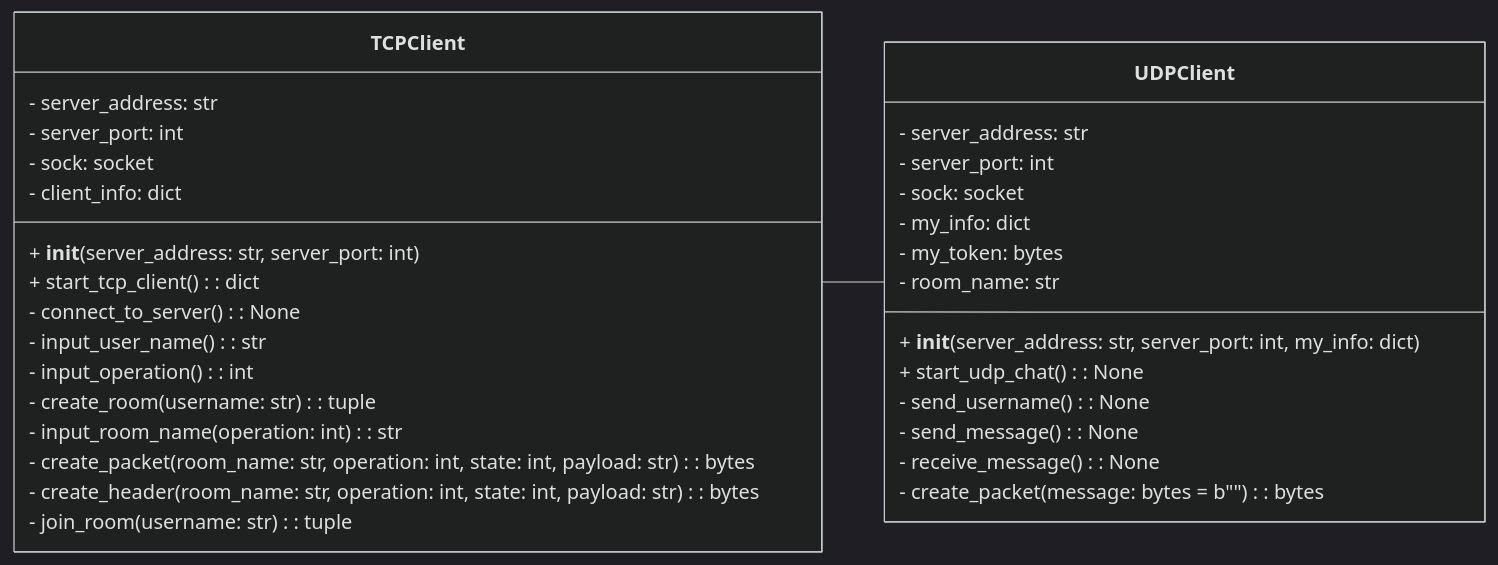
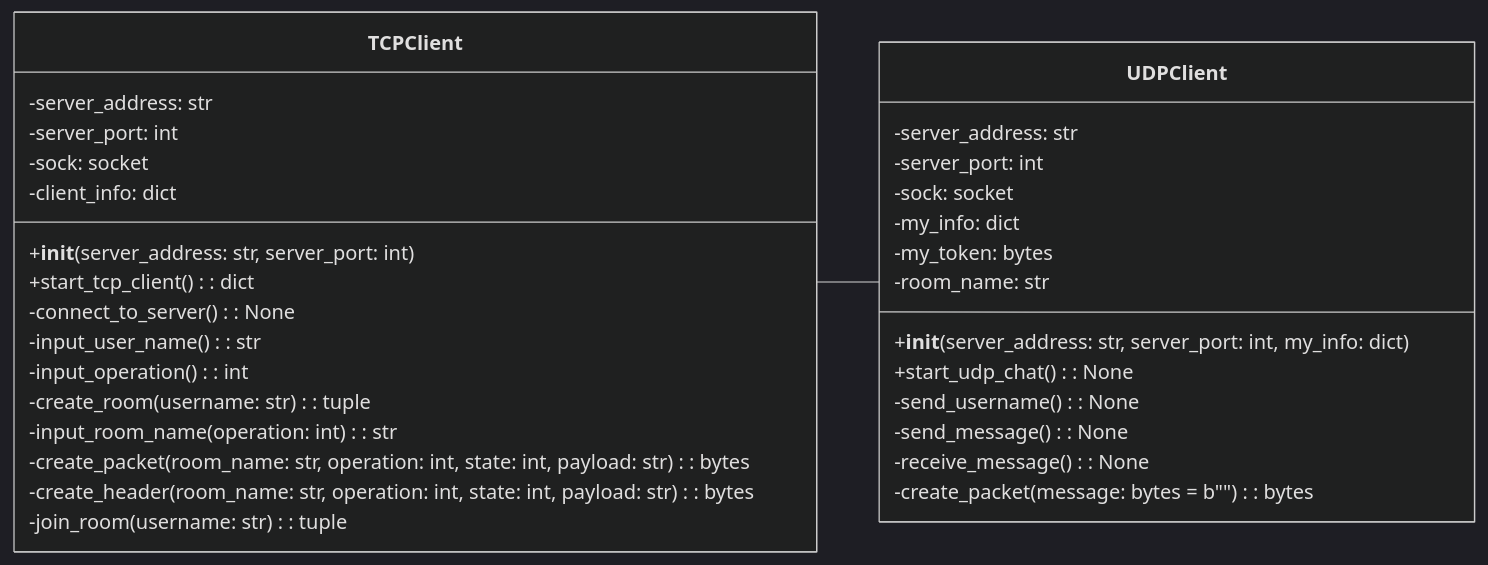
Before and after one commit to BackendExplorer/Multi-User-Chat-App: the second of 3 diagrams in README.md, drawn with Mermaid (dark theme). The commit also changed other lines of this file, not shown here.

````diff
--- a/README.md
+++ b/README.md
@@ -119,38 +112,38 @@
 ```mermaid
 classDiagram
-direction LR
+    direction LR
 
-TCPClient -- UDPClient
+    TCPClient -- UDPClient
 
-class TCPClient {
-    - server_address: str
-    - server_port: int
-    - sock: socket
-    - client_info: dict
-    + __init__(server_address: str, server_port: int)
-    + start_tcp_client(): dict
-    - connect_to_server(): None
-    - input_user_name(): str
-    - input_operation(): int
-    - create_room(username: str): tuple
-    - input_room_name(operation: int): str
-    - create_packet(room_name: str, operation: int, state: int, payload: str): bytes
-    - create_header(room_name: str, operation: int, state: int, payload: str): bytes
-    - join_room(username: str): tuple
-}
+    class TCPClient {
+        -server_address: str
+        -server_port: int
+        -sock: socket
+        -client_info: dict
+        +__init__(server_address: str, server_port: int)
+        +start_tcp_client(): dict
+        -connect_to_server(): None
+        -input_user_name(): str
+        -input_operation(): int
+        -create_room(username: str): tuple
+        -input_room_name(operation: int): str
+        -create_packet(room_name: str, operation: int, state: int, payload: str): bytes
+        -create_header(room_name: str, operation: int, state: int, payload: str): bytes
+        -join_room(username: str): tuple
+    }
 
-class UDPClient {
-    - server_address: str
-    - server_port: int
-    - sock: socket
-    - my_info: dict
-    - my_token: bytes
-    - room_name: str
-    + __init__(server_address: str, server_port: int, my_info: dict)
-    + start_udp_chat(): None
-    - send_username(): None
-    - send_message(): None
-    - receive_message(): None
-    - create_packet(message: bytes = b"" ): bytes
-}
+    class UDPClient {
+        -server_address: str
+        -server_port: int
+        -sock: socket
+        -my_info: dict
+        -my_token: bytes
+        -room_name: str
+        +__init__(server_address: str, server_port: int, my_info: dict)
+        +start_udp_chat(): None
+        -send_username(): None
+        -send_message(): None
+        -receive_message(): None
+        -create_packet(message: bytes = b"" ): bytes
+    }
 ```
````
